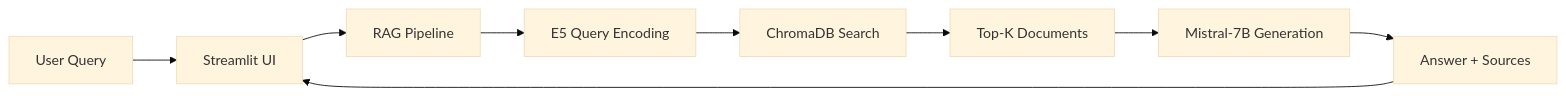
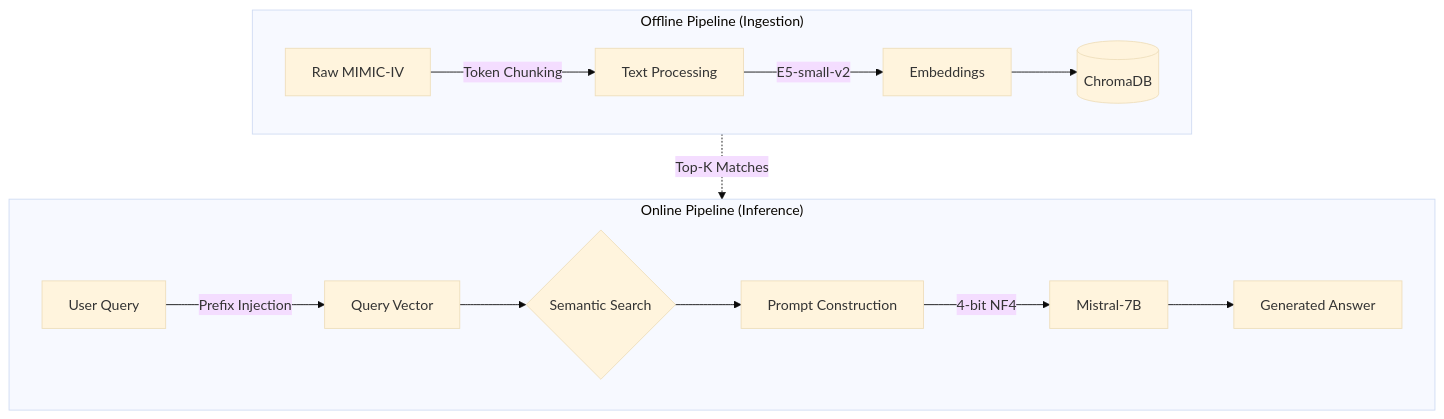
The diagram in README.md (muhammadhoud/NLP-Clinical-RAG), drawn with Mermaid (base theme) before and after one commit. The commit also changed other lines of this file, not shown here.

````diff
--- a/README.md
+++ b/README.md
@@ -76,11 +74,19 @@
 ```mermaid
-graph LR
-    A[User Query] --> B[Streamlit UI]
-    B --> C[RAG Pipeline]
-    C --> D[E5 Query Encoding]
-    D --> E[ChromaDB Search]
-    E --> F[Top-K Documents]
-    F --> G[Mistral-7B Generation]
-    G --> H[Answer + Sources]
-    H --> B
+flowchart TD
+    subgraph Offline["Offline Pipeline (Ingestion)"]
+        direction LR
+        A[Raw MIMIC-IV] -->|Token Chunking| B[Text Processing]
+        B -->|E5-small-v2| C[Embeddings]
+        C --> D[(ChromaDB)]
+    end
+
+    subgraph Online["Online Pipeline (Inference)"]
+        direction LR
+        E[User Query] -->|Prefix Injection| F[Query Vector]
+        F --> G{Semantic Search}
+        D -.->|Top-K Matches| G
+        G --> H[Prompt Construction]
+        H -->|4-bit NF4| I[Mistral-7B]
+        I --> J[Generated Answer]
+    end
 ```
````
